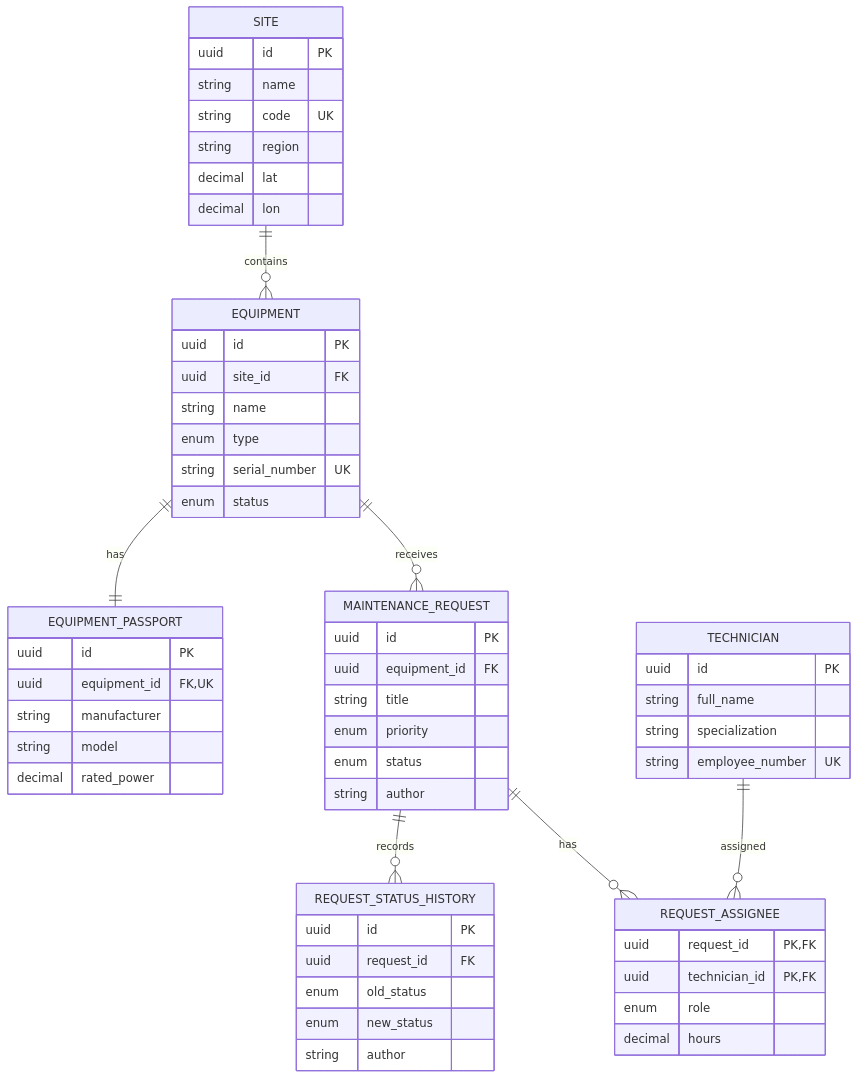
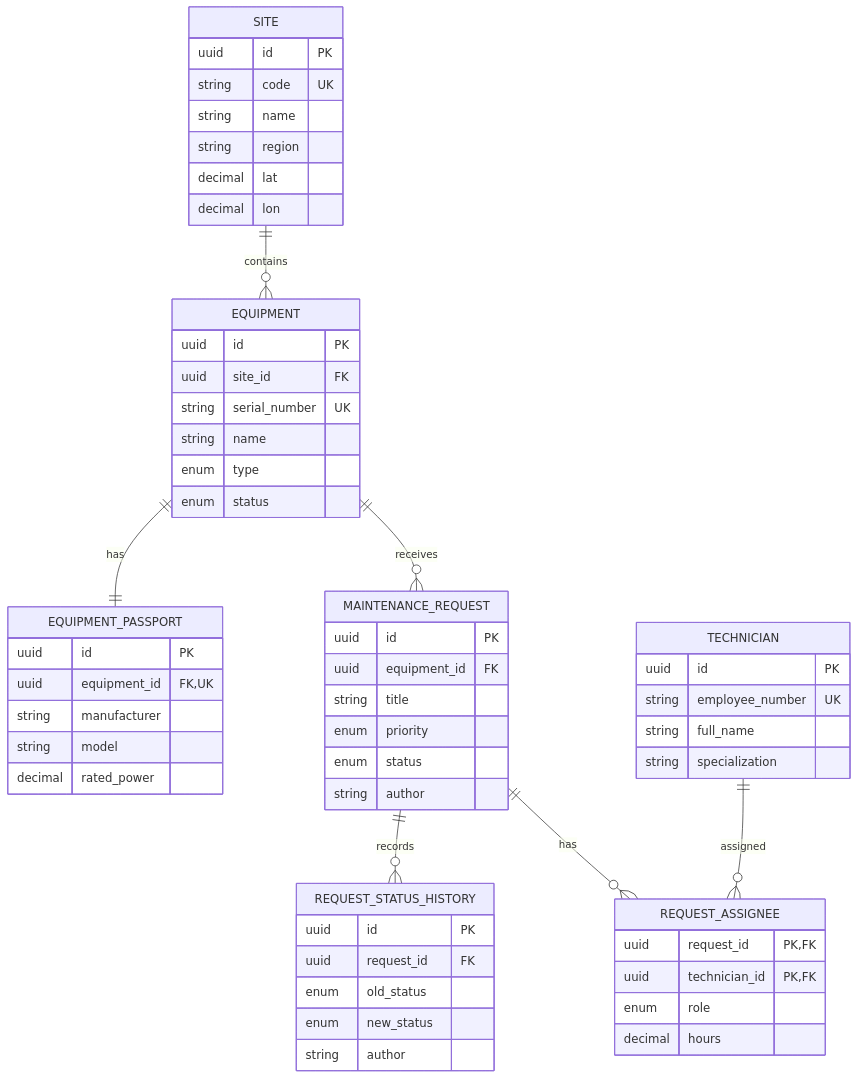
Before and after one commit to SmokyRM/caselab-js: the diagram in README.md, drawn with Mermaid. The commit also changed other lines of this file, not shown here.

````diff
--- a/README.md
+++ b/README.md
@@ -792,66 +126,66 @@
 ```mermaid
 erDiagram
   SITE ||--o{ EQUIPMENT : contains
   EQUIPMENT ||--|| EQUIPMENT_PASSPORT : has
   EQUIPMENT ||--o{ MAINTENANCE_REQUEST : receives
   MAINTENANCE_REQUEST ||--o{ REQUEST_STATUS_HISTORY : records
   MAINTENANCE_REQUEST ||--o{ REQUEST_ASSIGNEE : has
   TECHNICIAN ||--o{ REQUEST_ASSIGNEE : assigned
 
   SITE {
     uuid id PK
+    string code UK
     string name
-    string code UK
     string region
     decimal lat
     decimal lon
   }
 
   EQUIPMENT {
     uuid id PK
     uuid site_id FK
+    string serial_number UK
     string name
     enum type
-    string serial_number UK
     enum status
   }
 
   EQUIPMENT_PASSPORT {
     uuid id PK
     uuid equipment_id FK, UK
     string manufacturer
     string model
     decimal rated_power
   }
 
   MAINTENANCE_REQUEST {
     uuid id PK
     uuid equipment_id FK
     string title
     enum priority
     enum status
     string author
   }
 
   REQUEST_STATUS_HISTORY {
     uuid id PK
     uuid request_id FK
     enum old_status
     enum new_status
     string author
   }
 
   TECHNICIAN {
     uuid id PK
+    string employee_number UK
     string full_name
     string specialization
-    string employee_number UK
   }
 
   REQUEST_ASSIGNEE {
     uuid request_id PK, FK
     uuid technician_id PK, FK
     enum role
     decimal hours
   }
 ```
````
